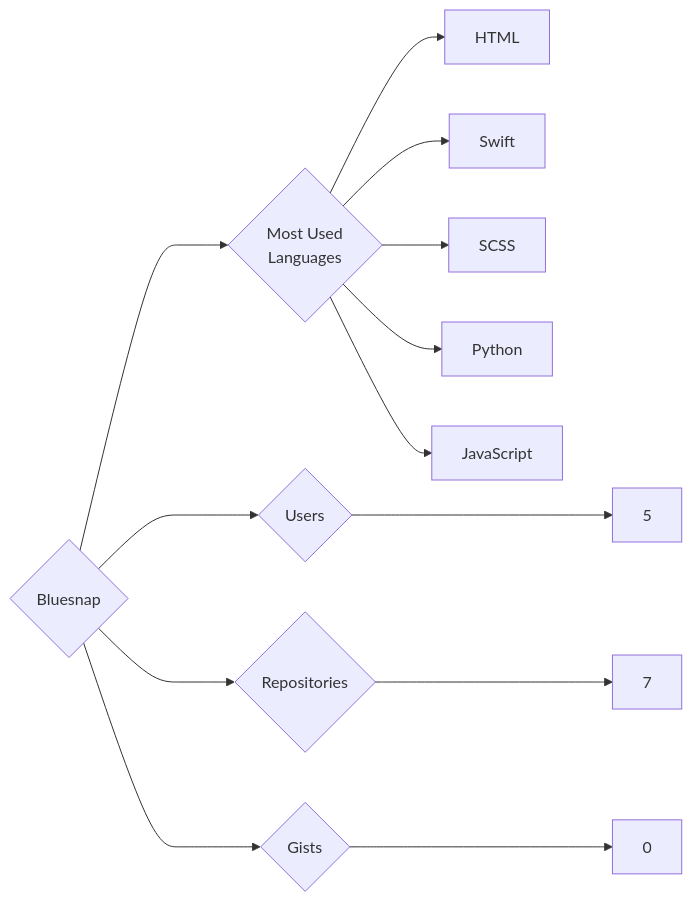
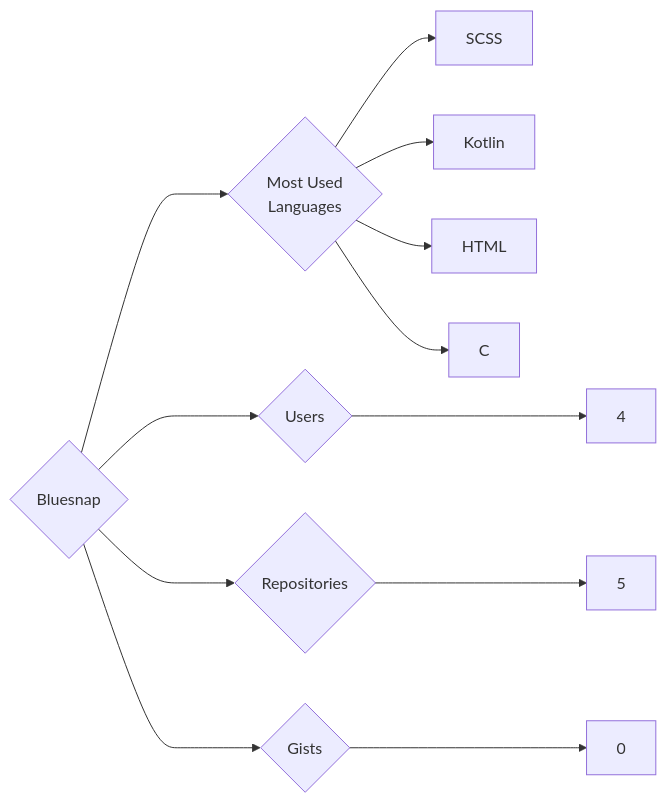
Before and after one commit to trickest/insiders: the diagram in targets/Bluesnap/README.md, drawn with Mermaid. The commit also changed 932 other files, not shown here.

````diff
--- a/targets/Bluesnap/README.md
+++ b/targets/Bluesnap/README.md
@@ -3,13 +3,12 @@
 ```mermaid
 graph LR
 COMPANY_NAME{Bluesnap}
-COMPANY_NAME ---> U{Users} ---> UN[5]
-COMPANY_NAME ---> R{Repositories} ---> RN[7]
+COMPANY_NAME ---> U{Users} ---> UN[4]
+COMPANY_NAME ---> R{Repositories} ---> RN[5]
 COMPANY_NAME ---> G{Gists} ---> GN[0]
 COMPANY_NAME ---> ML{Most Used<br>Languages}
+ML --> SCSS[SCSS]
+ML --> Kotlin[Kotlin]
 ML --> HTML[HTML]
-ML --> Swift[Swift]
-ML --> SCSS[SCSS]
-ML --> Python[Python]
-ML --> JavaScript[JavaScript]
+ML --> C[C]
 ```
````
